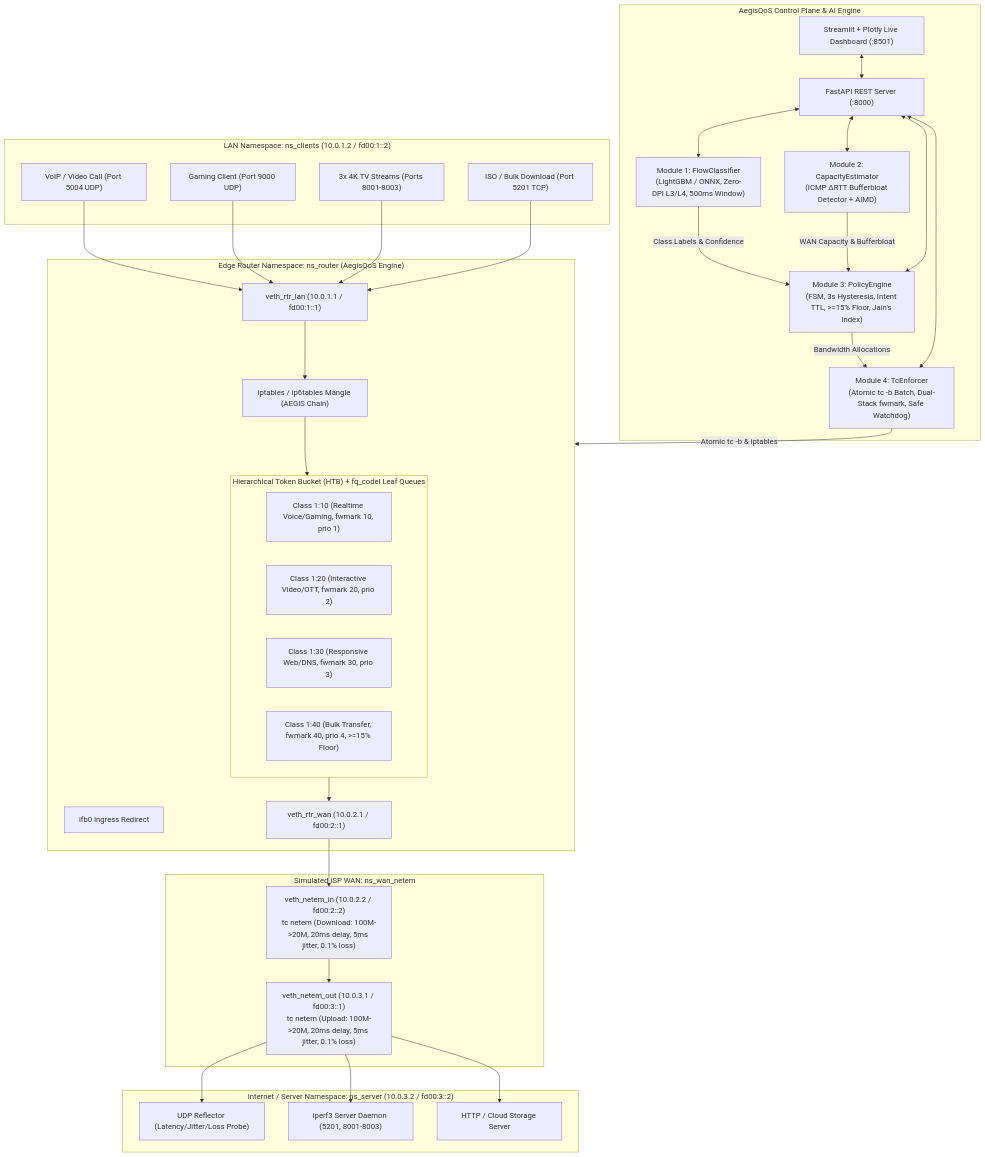
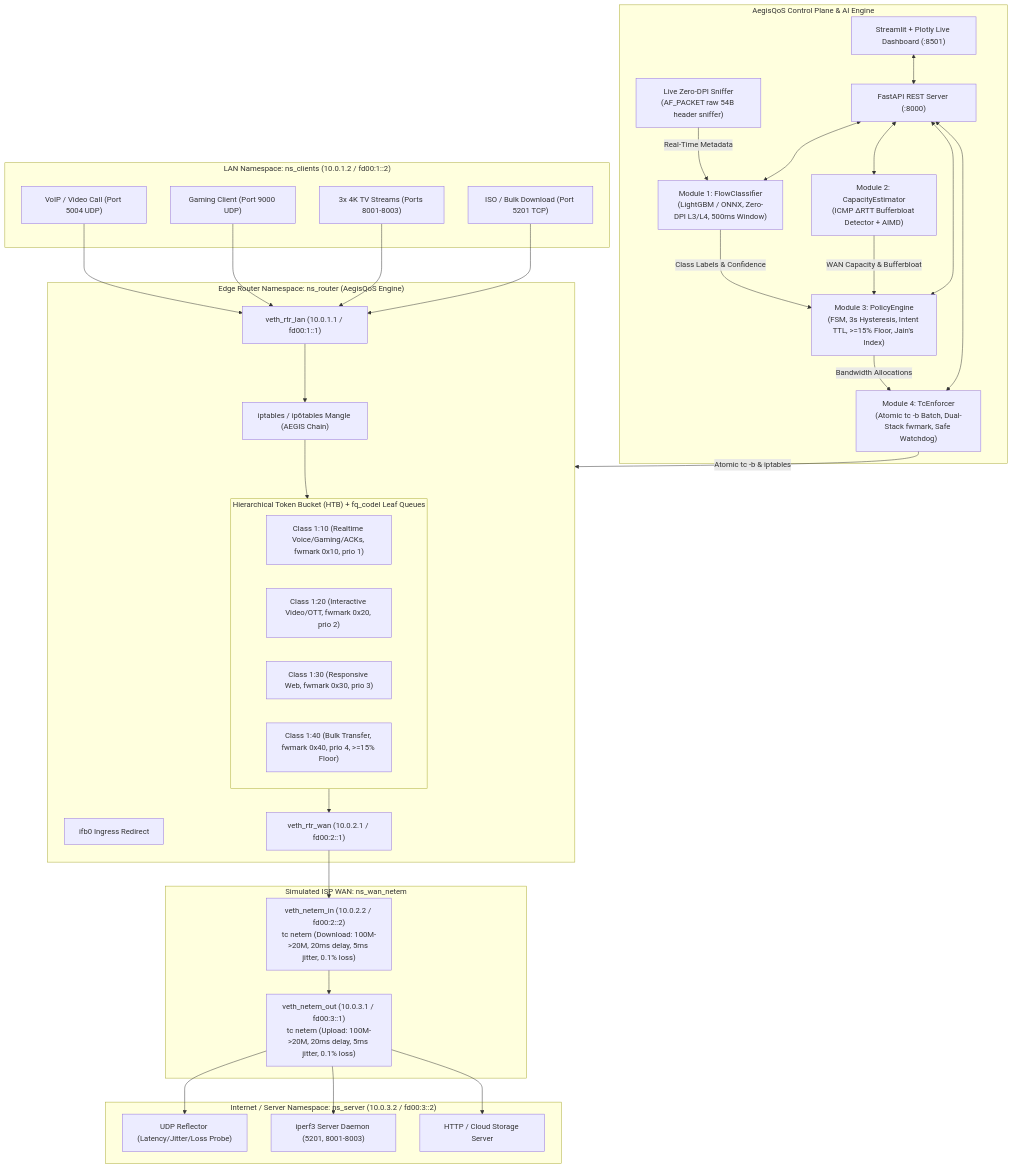
One commit to chhayanshporwal/aegis-qos changed the diagram in README.md. Above: the diagram before and after it, drawn with Mermaid. The commit also changed other lines of this file and 13 other files, not shown here.

````diff
--- a/README.md
+++ b/README.md
@@ -25,65 +26,67 @@
 ```mermaid
 graph TD
     subgraph Client_LAN ["LAN Namespace: ns_clients (10.0.1.2 / fd00:1::2)"]
         CLI_VOIP["VoIP / Video Call (Port 5004 UDP)"]
         CLI_GAME["Gaming Client (Port 9000 UDP)"]
         CLI_TV["3x 4K TV Streams (Ports 8001-8003)"]
         CLI_BULK["ISO / Bulk Download (Port 5201 TCP)"]
     end
 
     subgraph Router_CPE ["Edge Router Namespace: ns_router (AegisQoS Engine)"]
         VETH_LAN["veth_rtr_lan (10.0.1.1 / fd00:1::1)"]
         IFB0["ifb0 Ingress Redirect"]
         MANGLE["iptables / ip6tables Mangle (AEGIS Chain)"]
         
         subgraph HTB_Hierarchy ["Hierarchical Token Bucket (HTB) + fq_codel Leaf Queues"]
-            C0["Class 1:10 (Realtime Voice/Gaming, fwmark 10, prio 1)"]
-            C1["Class 1:20 (Interactive Video/OTT, fwmark 20, prio 2)"]
-            C2["Class 1:30 (Responsive Web/DNS, fwmark 30, prio 3)"]
-            C3["Class 1:40 (Bulk Transfer, fwmark 40, prio 4, >=15% Floor)"]
+            C0["Class 1:10 (Realtime Voice/Gaming/ACKs, fwmark 0x10, prio 1)"]
+            C1["Class 1:20 (Interactive Video/OTT, fwmark 0x20, prio 2)"]
+            C2["Class 1:30 (Responsive Web, fwmark 0x30, prio 3)"]
+            C3["Class 1:40 (Bulk Transfer, fwmark 0x40, prio 4, >=15% Floor)"]
         end
 
         VETH_WAN["veth_rtr_wan (10.0.2.1 / fd00:2::1)"]
     end
 
     subgraph WAN_Emulator ["Simulated ISP WAN: ns_wan_netem"]
         NETEM_IN["veth_netem_in (10.0.2.2 / fd00:2::2)<br/>tc netem (Download: 100M->20M, 20ms delay, 5ms jitter, 0.1% loss)"]
         NETEM_OUT["veth_netem_out (10.0.3.1 / fd00:3::1)<br/>tc netem (Upload: 100M->20M, 20ms delay, 5ms jitter, 0.1% loss)"]
     end
 
     subgraph Remote_Server ["Internet / Server Namespace: ns_server (10.0.3.2 / fd00:3::2)"]
         SRV_ECHO["UDP Reflector (Latency/Jitter/Loss Probe)"]
         SRV_IPERF["iperf3 Server Daemon (5201, 8001-8003)"]
         SRV_WEB["HTTP / Cloud Storage Server"]
     end
 
     subgraph Aegis_Control_Plane ["AegisQoS Control Plane & AI Engine"]
         M1["Module 1: FlowClassifier<br/>(LightGBM / ONNX, Zero-DPI L3/L4, 500ms Window)"]
         M2["Module 2: CapacityEstimator<br/>(ICMP ΔRTT Bufferbloat Detector + AIMD)"]
         M3["Module 3: PolicyEngine<br/>(FSM, 3s Hysteresis, Intent TTL, >=15% Floor, Jain's Index)"]
         M4["Module 4: TcEnforcer<br/>(Atomic tc -b Batch, Dual-Stack fwmark, Safe Watchdog)"]
+        SNIFF["Live Zero-DPI Sniffer<br/>(AF_PACKET raw 54B header sniffer)"]
         API["FastAPI REST Server (:8000)"]
         DASH["Streamlit + Plotly Live Dashboard (:8501)"]
     end
 
     CLI_VOIP --> VETH_LAN
     CLI_GAME --> VETH_LAN
     CLI_TV --> VETH_LAN
     CLI_BULK --> VETH_LAN
 
     VETH_LAN --> MANGLE
     MANGLE --> HTB_Hierarchy
     HTB_Hierarchy --> VETH_WAN
     VETH_WAN --> NETEM_IN
     NETEM_IN --> NETEM_OUT
     NETEM_OUT --> SRV_IPERF
     NETEM_OUT --> SRV_ECHO
     NETEM_OUT --> SRV_WEB
 
     M1 -->|Class Labels & Confidence| M3
     M2 -->|WAN Capacity & Bufferbloat| M3
     M3 -->|Bandwidth Allocations| M4
     M4 -->|Atomic tc -b & iptables| Router_CPE
+    SNIFF -->|Real-Time Metadata| M1
     API <--> M1 & M2 & M3 & M4
     DASH <--> API
 ```
````
